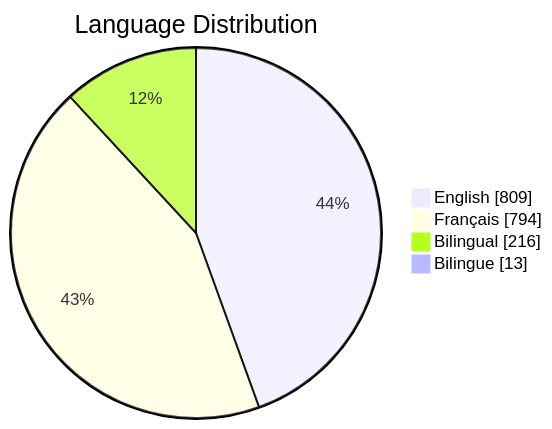
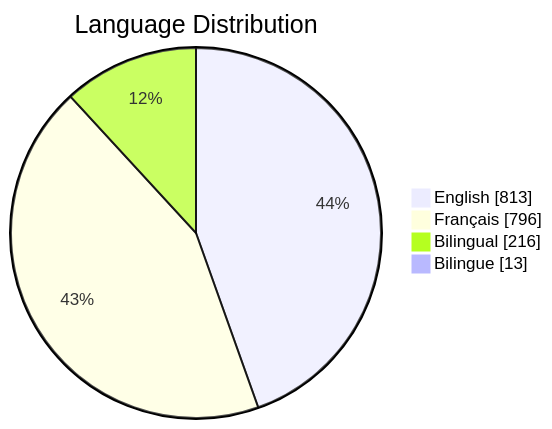
One commit to PatLittle/GC-Socials changed the third of 6 diagrams in README.md. Above: the diagram before and after it, drawn with Mermaid. The commit also changed other lines of this file, not shown here.

Commit message:
Update README with Platform Distribution pie chart

````diff
--- a/README.md
+++ b/README.md
@@ -65,7 +65,7 @@
 ```mermaid
 pie showData title Language Distribution
-    "English": 809
-    "Français": 794
+    "English": 813
+    "Français": 796
     "Bilingual": 216
     "Bilingue": 13
 ```
````
